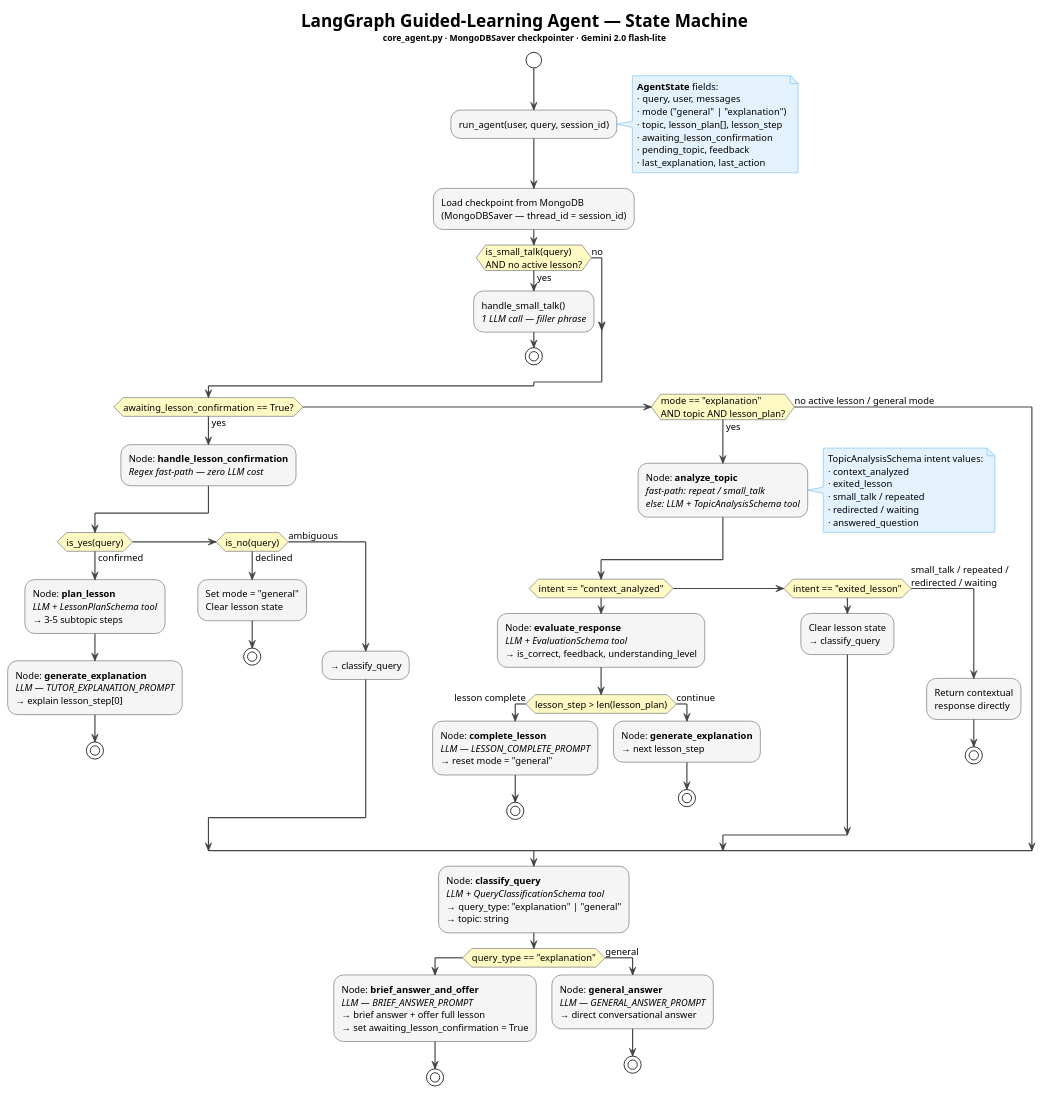
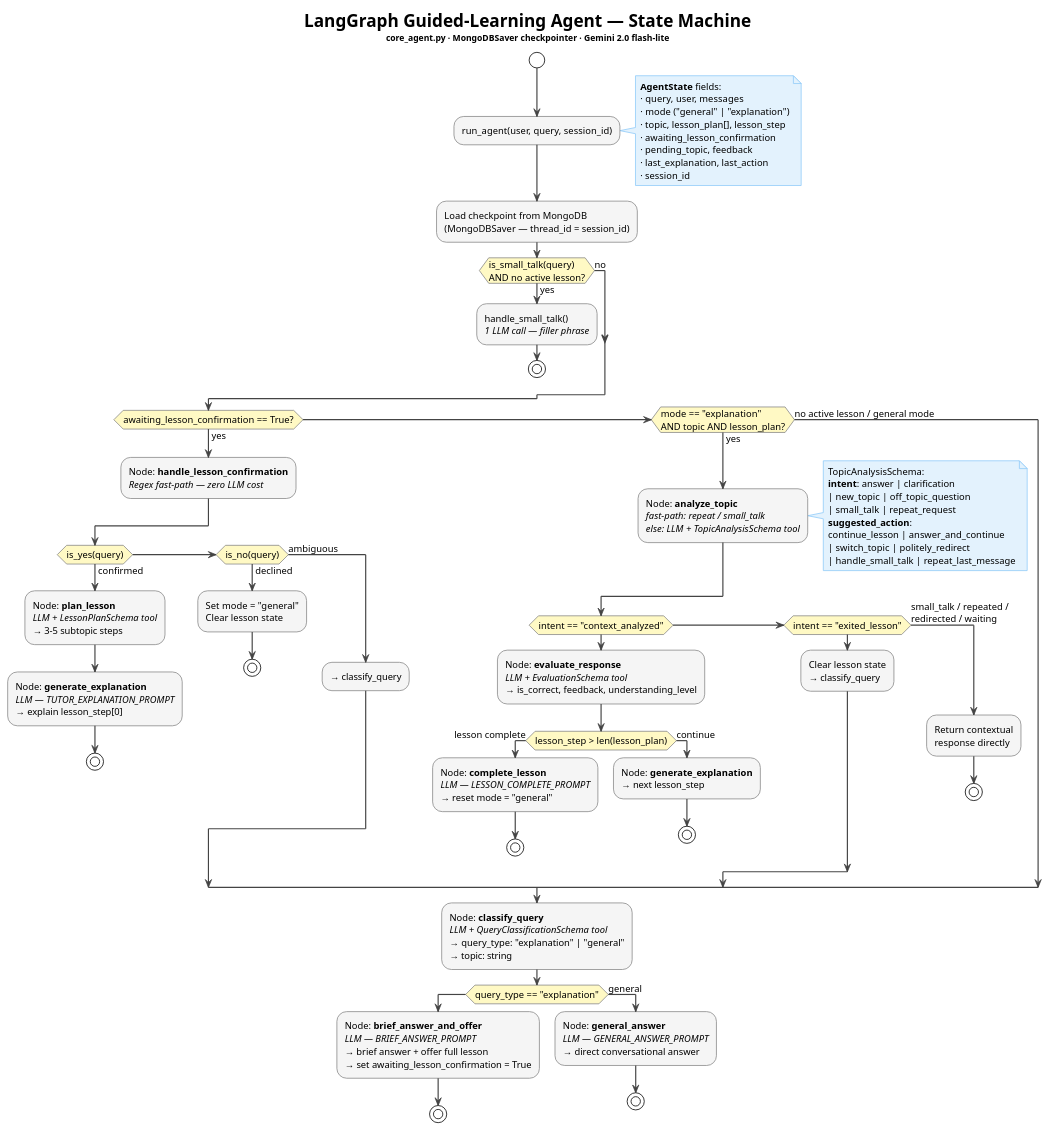
The second of 5 diagrams in backend_architecture.puml (drquantum12/agents-2.0), drawn with PlantUML before and after one commit. The commit also changed other lines of this file and 3 other files, not shown here.

```diff
--- a/backend_architecture.puml
+++ b/backend_architecture.puml
@@ -171,87 +181,90 @@
 @startuml LangGraph_Agent_State_Machine
 !theme plain
 skinparam defaultFontName "Segoe UI"
 skinparam defaultFontSize 12
 skinparam ArrowColor #444444
 skinparam ArrowThickness 1.5
 skinparam ActivityBorderColor #888888
 skinparam ActivityBackgroundColor #F5F5F5
 skinparam ActivityDiamondBackgroundColor #FFF9C4
 skinparam NoteBackgroundColor #E3F2FD
 skinparam noteBorderColor #90CAF9
 
 title <b>LangGraph Guided-Learning Agent — State Machine</b>\n<size:11>core_agent.py · MongoDBSaver checkpointer · Gemini 2.0 flash-lite</size>
 
 start
 
 :run_agent(user, query, session_id);
 
 note right
   **AgentState** fields:
   · query, user, messages
   · mode ("general" | "explanation")
   · topic, lesson_plan[], lesson_step
   · awaiting_lesson_confirmation
   · pending_topic, feedback
   · last_explanation, last_action
+  · session_id
 end note
 
 :Load checkpoint from MongoDB\n(MongoDBSaver — thread_id = session_id);
 
 if (is_small_talk(query)\nAND no active lesson?) then (yes)
   :handle_small_talk()\n<i>1 LLM call — filler phrase</i>;
   stop
 else (no)
 endif
 
 if (awaiting_lesson_confirmation == True?) then (yes)
   :Node: **handle_lesson_confirmation**\n<i>Regex fast-path — zero LLM cost</i>;
   if (is_yes(query)) then (confirmed)
     :Node: **plan_lesson**\n<i>LLM + LessonPlanSchema tool</i>\n→ 3–5 subtopic steps;
     :Node: **generate_explanation**\n<i>LLM — TUTOR_EXPLANATION_PROMPT</i>\n→ explain lesson_step[0];
     stop
   elseif (is_no(query)) then (declined)
     :Set mode = "general"\nClear lesson state;
     stop
   else (ambiguous)
     :→ classify_query;
   endif
 elseif (mode == "explanation"\nAND topic AND lesson_plan?) then (yes)
   :Node: **analyze_topic**\n<i>fast-path: repeat / small_talk</i>\n<i>else: LLM + TopicAnalysisSchema tool</i>;
   note right
-    TopicAnalysisSchema intent values:
-    · context_analyzed
-    · exited_lesson
-    · small_talk / repeated
-    · redirected / waiting
-    · answered_question
+    TopicAnalysisSchema:
+    **intent**: answer | clarification
+    | new_topic | off_topic_question
+    | small_talk | repeat_request
+    **suggested_action**:
+    continue_lesson | answer_and_continue
+    | switch_topic | politely_redirect
+    | handle_small_talk | repeat_last_message
   end note
   if (intent == "context_analyzed") then
     :Node: **evaluate_response**\n<i>LLM + EvaluationSchema tool</i>\n→ is_correct, feedback, understanding_level;
     if (lesson_step > len(lesson_plan)) then (lesson complete)
       :Node: **complete_lesson**\n<i>LLM — LESSON_COMPLETE_PROMPT</i>\n→ reset mode = "general";
       stop
     else (continue)
       :Node: **generate_explanation**\n→ next lesson_step;
       stop
     endif
   elseif (intent == "exited_lesson") then
     :Clear lesson state\n→ classify_query;
   else (small_talk / repeated /\nredirected / waiting)
     :Return contextual\nresponse directly;
     stop
   endif
 else (no active lesson / general mode)
 endif
 
 :Node: **classify_query**\n<i>LLM + QueryClassificationSchema tool</i>\n→ query_type: "explanation" | "general"\n→ topic: string;
 
 if (query_type == "explanation") then
   :Node: **brief_answer_and_offer**\n<i>LLM — BRIEF_ANSWER_PROMPT</i>\n→ brief answer + offer full lesson\n→ set awaiting_lesson_confirmation = True;
   stop
 else (general)
   :Node: **general_answer**\n<i>LLM — GENERAL_ANSWER_PROMPT</i>\n→ direct conversational answer;
   stop
 endif
 
 @enduml
```
